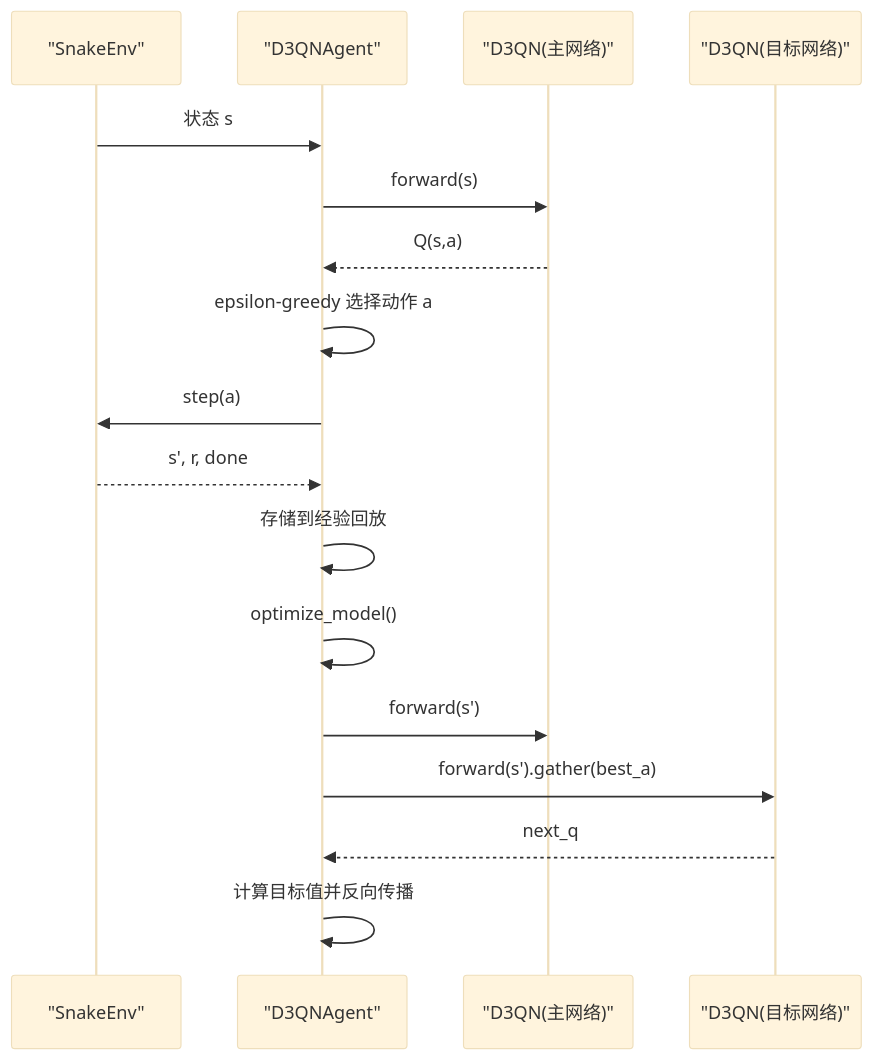
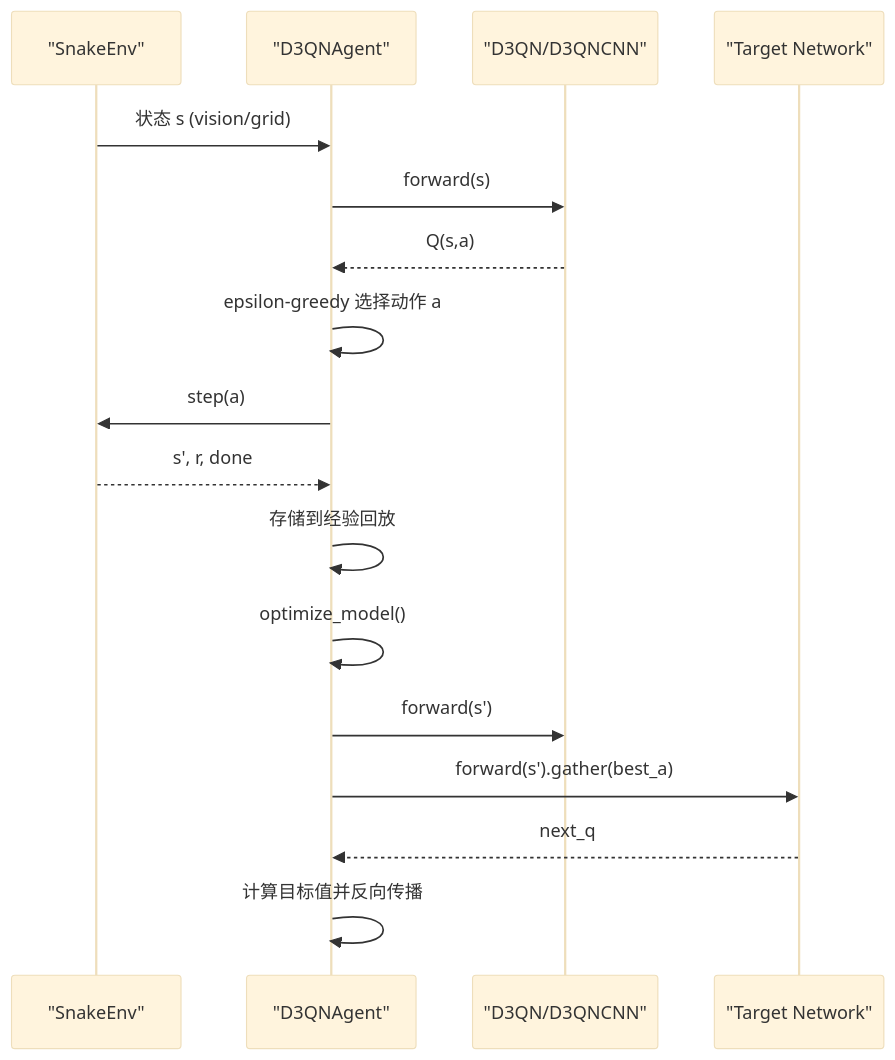
One commit to fuweiq94-cloud/3399180760000 changed the second of 7 diagrams in .qoder/repowiki/zh/content/D3QN算法实现/神经网络架构设计.md. Above: the diagram before and after it, drawn with Mermaid (base theme). The commit also changed other lines of this file and 75 other files, not shown here.

````diff
--- a/.qoder/repowiki/zh/content/D3QN算法实现/神经网络架构设计.md
+++ b/.qoder/repowiki/zh/content/D3QN算法实现/神经网络架构设计.md
@@ -86,19 +99,19 @@
 ```mermaid
 sequenceDiagram
 participant Env as "SnakeEnv"
 participant Agent as "D3QNAgent"
-participant Net as "D3QN(主网络)"
-participant TNet as "D3QN(目标网络)"
-Env->>Agent : 状态 s
+participant Net as "D3QN/D3QNCNN"
+participant TNet as "Target Network"
+Env->>Agent : 状态 s (vision/grid)
 Agent->>Net : forward(s)
 Net-->>Agent : Q(s,a)
 Agent->>Agent : epsilon-greedy 选择动作 a
 Agent->>Env : step(a)
 Env-->>Agent : s', r, done
 Agent->>Agent : 存储到经验回放
 Agent->>Agent : optimize_model()
 Agent->>Net : forward(s')
 Agent->>TNet : forward(s').gather(best_a)
 TNet-->>Agent : next_q
 Agent->>Agent : 计算目标值并反向传播
 ```
````
